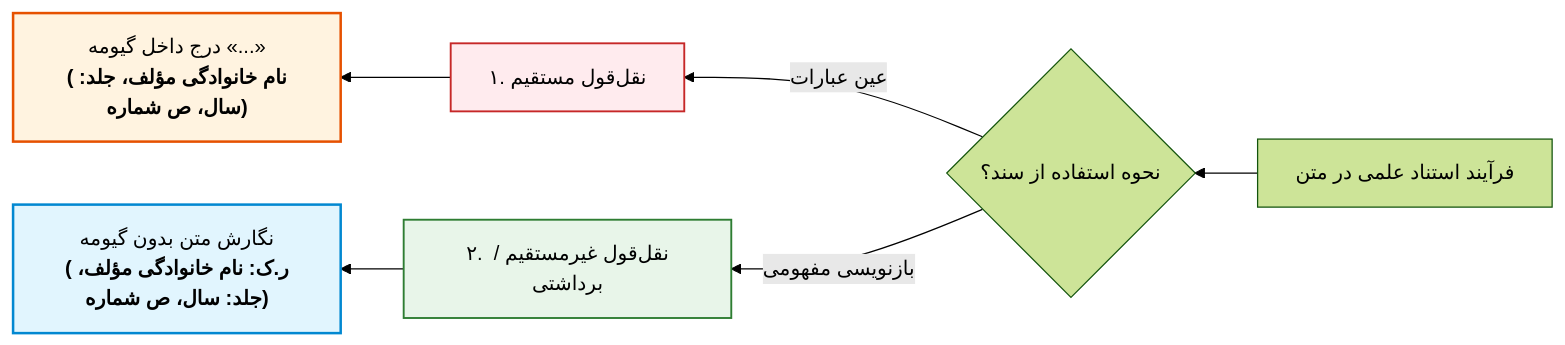
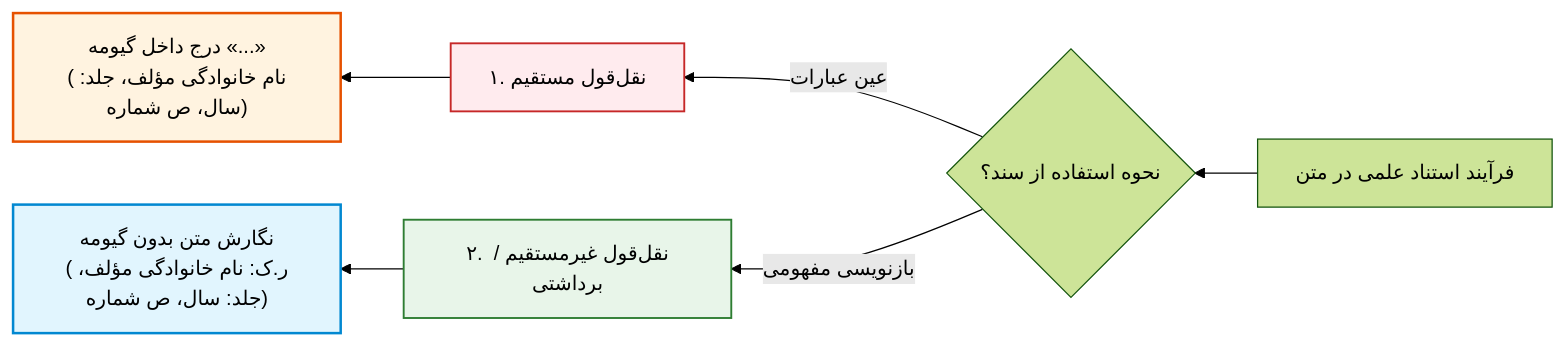
The fourth of 23 diagrams in 05/ادبیات/خلاصه کل.md (neopulse-hub/TUMS-1402-1-neo), drawn with Mermaid (forest theme) before and after one commit. The commit also changed other lines of this file, not shown here.

````diff
--- a/05/ادبیات/خلاصه کل.md
+++ b/05/ادبیات/خلاصه کل.md
@@ -146,13 +149,16 @@
 ```mermaid
 flowchart RL
-    Research[فرآیند استناد علمی در متن] --> Type{نحوه استفاده از سند؟}
-    Type -->|عین عبارات| Direct[۱. نقل‌قول مستقیم]
-    Type -->|بازنویسی مفهومی| Indirect[۲. نقل‌قول غیرمستقیم / برداشتی]
-    Direct --> F1["درج داخل گیومه «...»<br><b>(نام خانوادگی مؤلف، جلد: سال، ص شماره)</b>"]
-    Indirect --> F2["نگارش متن بدون گیومه<br><b>(ر.ک: نام خانوادگی مؤلف، جلد: سال، ص شماره)</b>"]
 
-    style Direct fill:#ffebee,stroke:#c62828,stroke-width:1.5px;
-    style Indirect fill:#e8f5e9,stroke:#2e7d32,stroke-width:1.5px;
-    style F1 fill:#fff3e0,stroke:#e65100,stroke-width:2px;
-    style F2 fill:#e1f5fe,stroke:#0288d1,stroke-width:2px;
+Research["فرآیند استناد علمی در متن"] --> Type{"نحوه استفاده از سند؟"}
+
+Type -->|عین عبارات| Direct["۱. نقل‌قول مستقیم"]
+Type -->|بازنویسی مفهومی| Indirect["۲. نقل‌قول غیرمستقیم / برداشتی"]
+
+Direct --> F1["درج داخل گیومه «...»<br/>(نام خانوادگی مؤلف، جلد: سال، ص شماره)"]
+Indirect --> F2["نگارش متن بدون گیومه<br/>(ر.ک: نام خانوادگی مؤلف، جلد: سال، ص شماره)"]
+
+style Direct fill:#ffebee,stroke:#c62828,stroke-width:1.5px;
+style Indirect fill:#e8f5e9,stroke:#2e7d32,stroke-width:1.5px;
+style F1 fill:#fff3e0,stroke:#e65100,stroke-width:2px;
+style F2 fill:#e1f5fe,stroke:#0288d1,stroke-width:2px;
 ```
````
